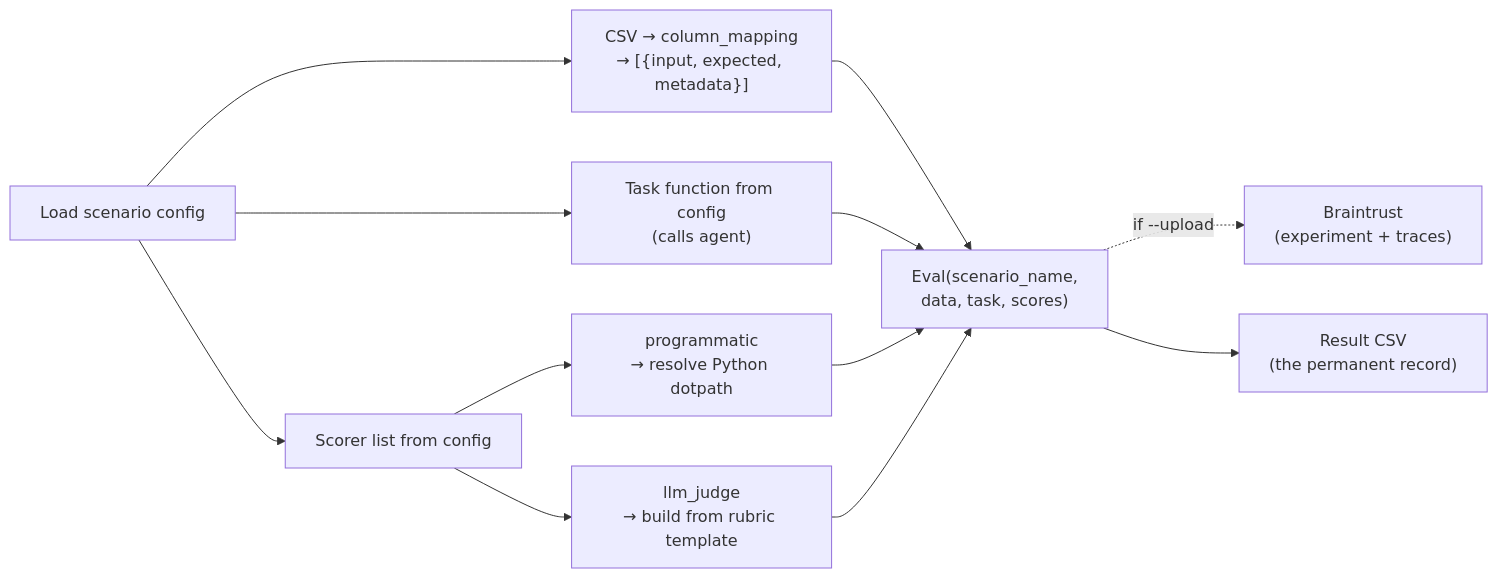
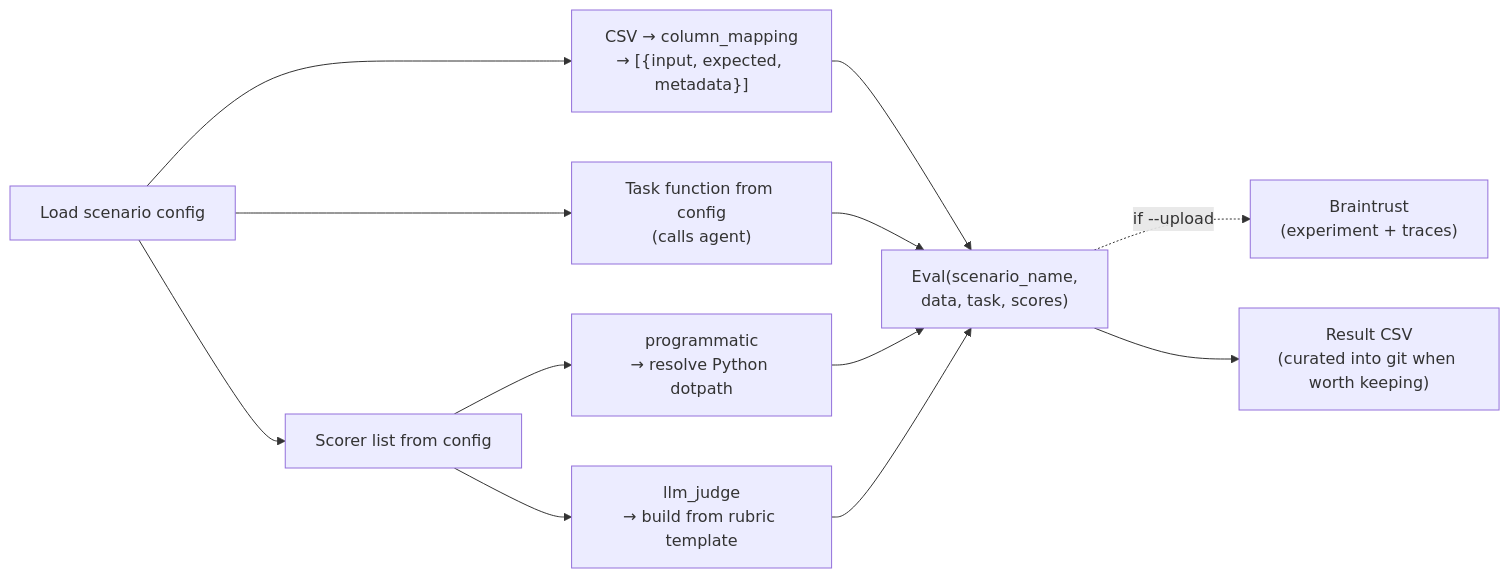
Before and after one commit to wei-yiting/fin-lab-x: the third of 3 diagrams in backend/evals/ARCHITECTURE.md, drawn with Mermaid. The commit also changed other lines of this file and 1 other file, not shown here.

Commit message:
docs(evals): address PR review — drop unconditional 'permanent record' claim
The write_result_csv docstring and both ARCHITECTURE.md diagram nodes
called the result CSV "the permanent record" unconditionally; the default
output dir is gitignored, so a CSV only becomes the permanent record once
the operator curates it into a tracked location. Reworded all three spots
to the curated semantics.

Linear: DEV-102

````diff
--- a/backend/evals/ARCHITECTURE.md
+++ b/backend/evals/ARCHITECTURE.md
@@ -82,23 +82,23 @@
 ```mermaid
 graph LR
     Config["Load scenario config"]
     Data["CSV → column_mapping<br/>→ [{input, expected, metadata}]"]
     TaskFn["Task function from config<br/>(calls agent)"]
     ScorerList["Scorer list from config"]
     Prog["programmatic<br/>→ resolve Python dotpath"]
     LLM["llm_judge<br/>→ build from rubric template"]
 
     Config --> Data
     Config --> TaskFn
     Config --> ScorerList
     ScorerList --> Prog
     ScorerList --> LLM
 
     Data --> Eval["Eval(scenario_name,<br/>data, task, scores)"]
     TaskFn --> Eval
     Prog --> Eval
     LLM --> Eval
 
     Eval -.->|"if --upload"| BT["Braintrust<br/>(experiment + traces)"]
-    Eval --> ResultCSV["Result CSV<br/>(the permanent record)"]
+    Eval --> ResultCSV["Result CSV<br/>(curated into git when worth keeping)"]
 ```
````
